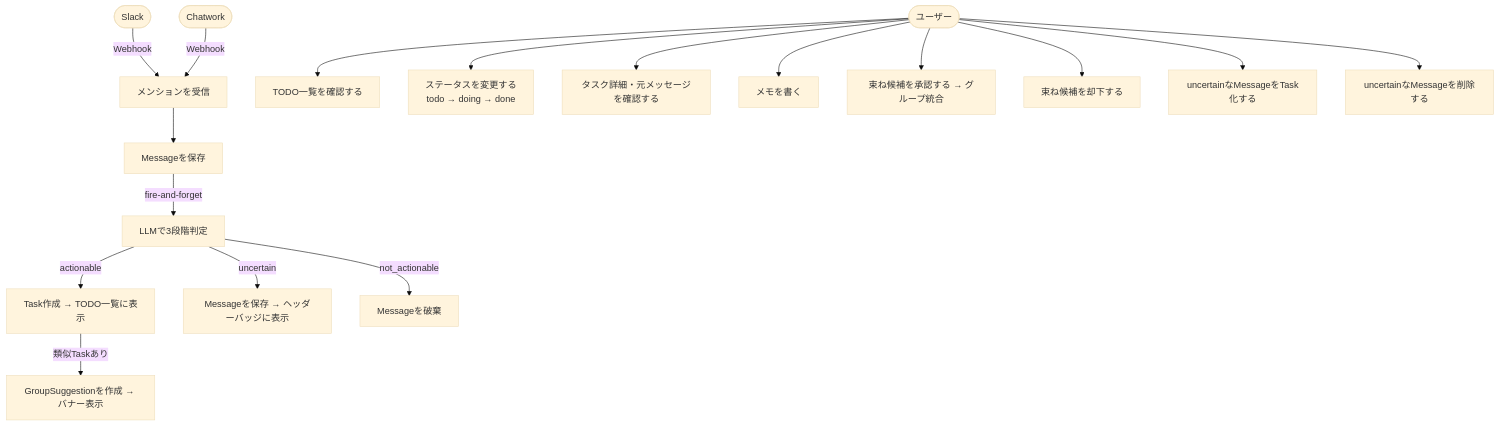
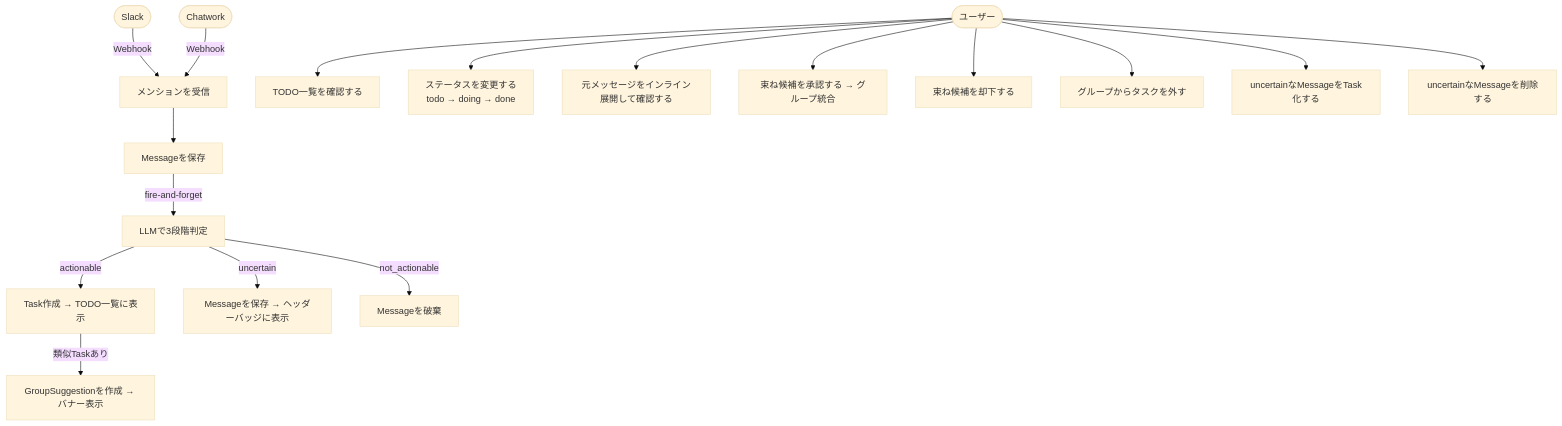
One commit to NakahodoTakahiro/task-todo-app changed the diagram in ux-design.md. Above: the diagram before and after it, drawn with Mermaid (base theme). The commit also changed other lines of this file and 4 other files, not shown here.

````diff
--- a/ux-design.md
+++ b/ux-design.md
@@ -7,27 +7,27 @@
 ```mermaid
 flowchart TD
     Slack([Slack])
     Chatwork([Chatwork])
     User([ユーザー])
 
     Slack -->|Webhook| UC1[メンションを受信]
     Chatwork -->|Webhook| UC1
 
     UC1 --> UC2[Messageを保存]
     UC2 -->|fire-and-forget| UC3[LLMで3段階判定]
 
     UC3 -->|actionable| UC4[Task作成 → TODO一覧に表示]
     UC3 -->|uncertain| UC5[Messageを保存 → ヘッダーバッジに表示]
     UC3 -->|not_actionable| UC6[Messageを破棄]
 
     UC4 -->|類似Taskあり| UC7[GroupSuggestionを作成 → バナー表示]
 
     User --> UC8[TODO一覧を確認する]
     User --> UC9[ステータスを変更する\ntodo → doing → done]
-    User --> UC10[タスク詳細・元メッセージを確認する]
-    User --> UC11[メモを書く]
-    User --> UC12[束ね候補を承認する → グループ統合]
-    User --> UC13[束ね候補を却下する]
+    User --> UC10[元メッセージをインライン展開して確認する]
+    User --> UC11[束ね候補を承認する → グループ統合]
+    User --> UC12[束ね候補を却下する]
+    User --> UC13[グループからタスクを外す]
     User --> UC14[uncertainなMessageをTask化する]
     User --> UC15[uncertainなMessageを削除する]
 ```
````
